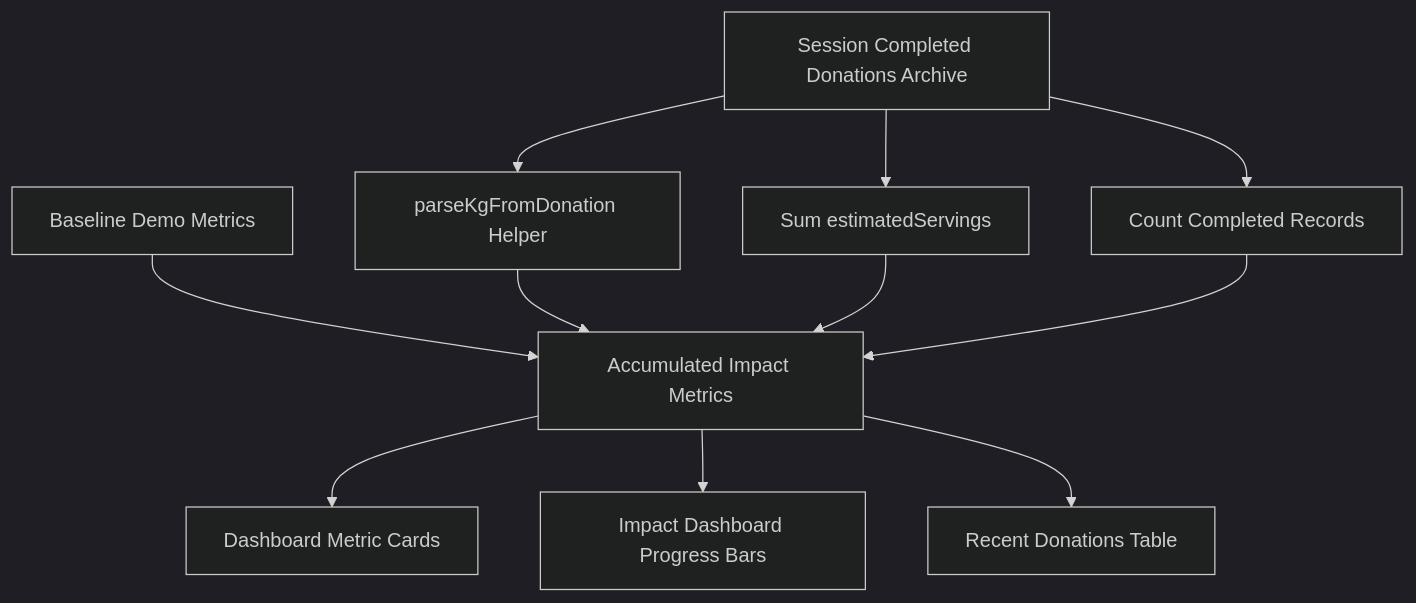
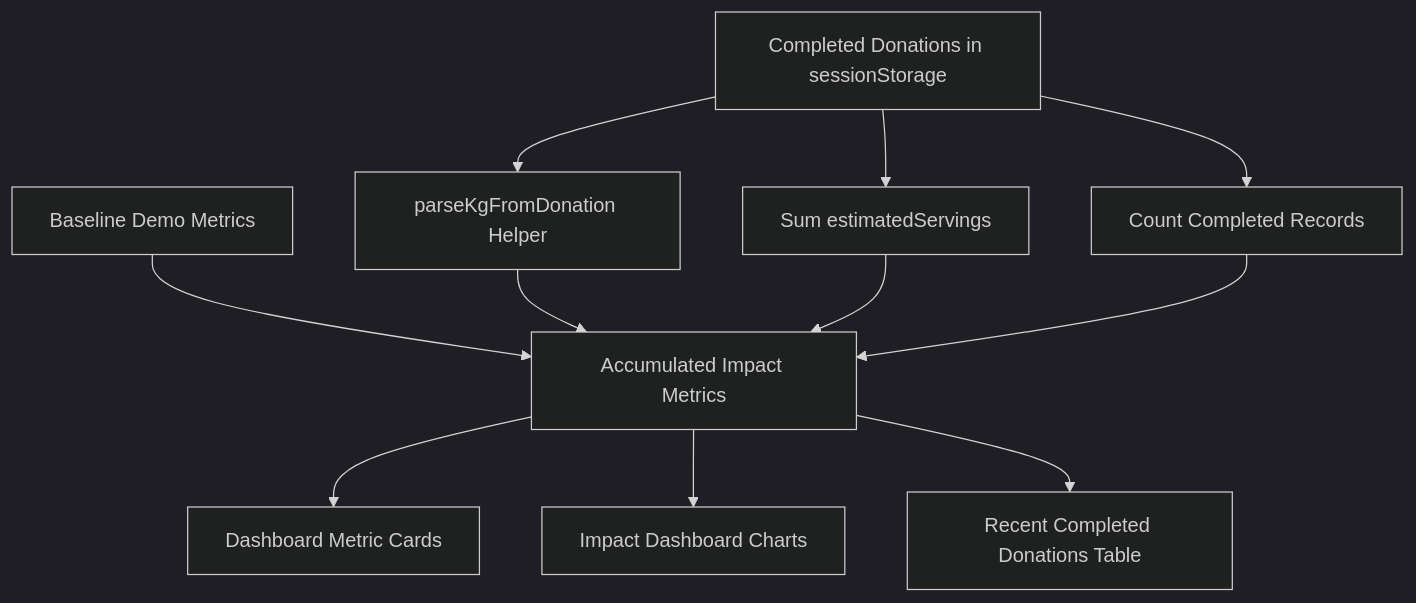
One commit to TERMINATOR7732/foodbridge-ai changed the fourth of 4 diagrams in docs/FoodBridge_AI_Final_Report.md. Above: the diagram before and after it, drawn with Mermaid (dark theme). The commit also changed other lines of this file and 5 other files, not shown here.

````diff
--- a/docs/FoodBridge_AI_Final_Report.md
+++ b/docs/FoodBridge_AI_Final_Report.md
@@ -280,13 +284,13 @@
 ```mermaid
 flowchart TD
     A[Baseline Demo Metrics] --> Total[Accumulated Impact Metrics]
-    B[Session Completed Donations Archive] --> ParseKg[parseKgFromDonation Helper]
+    B[Completed Donations in sessionStorage] --> ParseKg[parseKgFromDonation Helper]
     B --> ParseMeals[Sum estimatedServings]
     B --> Count[Count Completed Records]
     ParseKg --> Total
     ParseMeals --> Total
     Count --> Total
     Total --> C[Dashboard Metric Cards]
-    Total --> D[Impact Dashboard Progress Bars]
-    Total --> E[Recent Donations Table]
+    Total --> D[Impact Dashboard Charts]
+    Total --> E[Recent Completed Donations Table]
 ```
````
